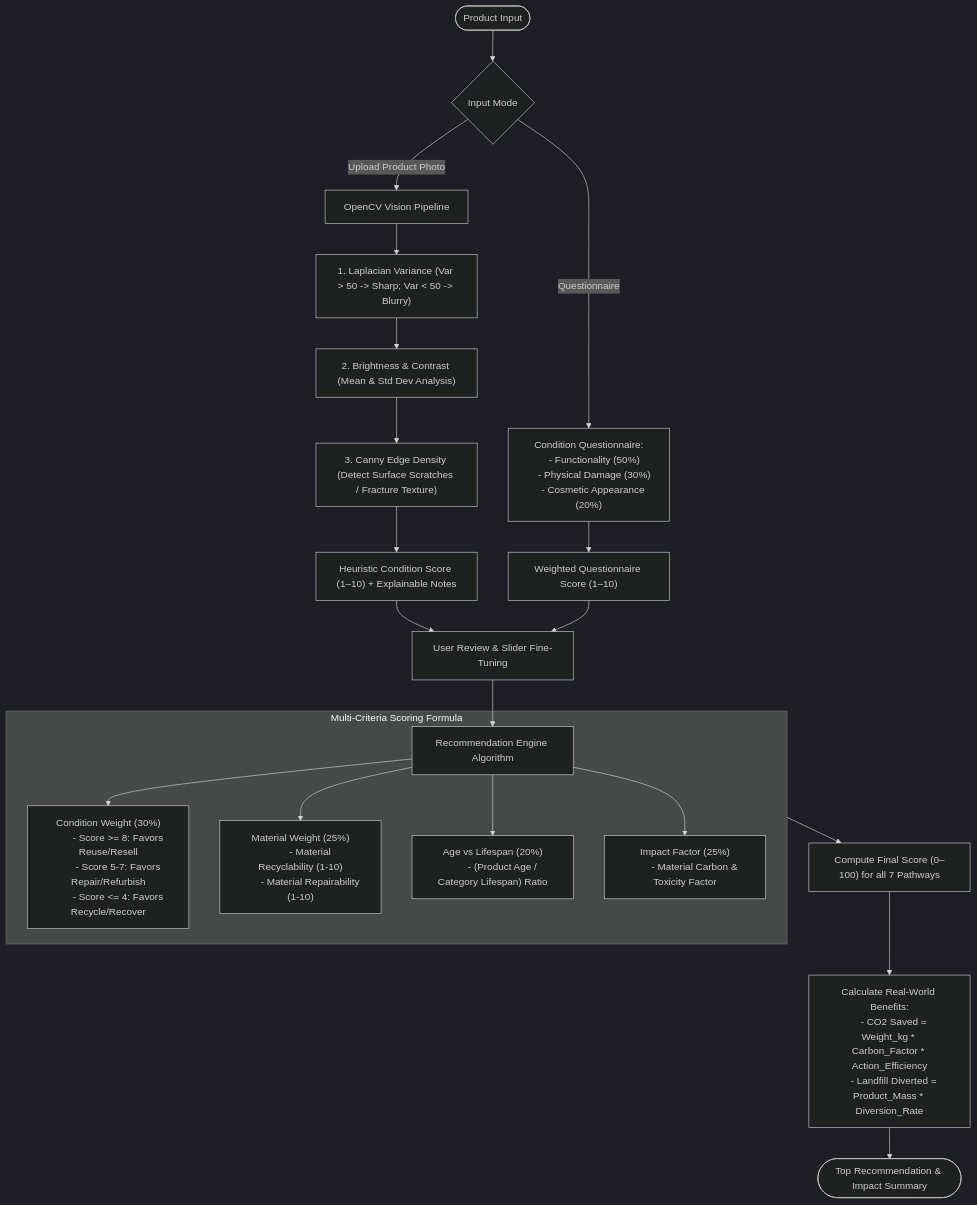
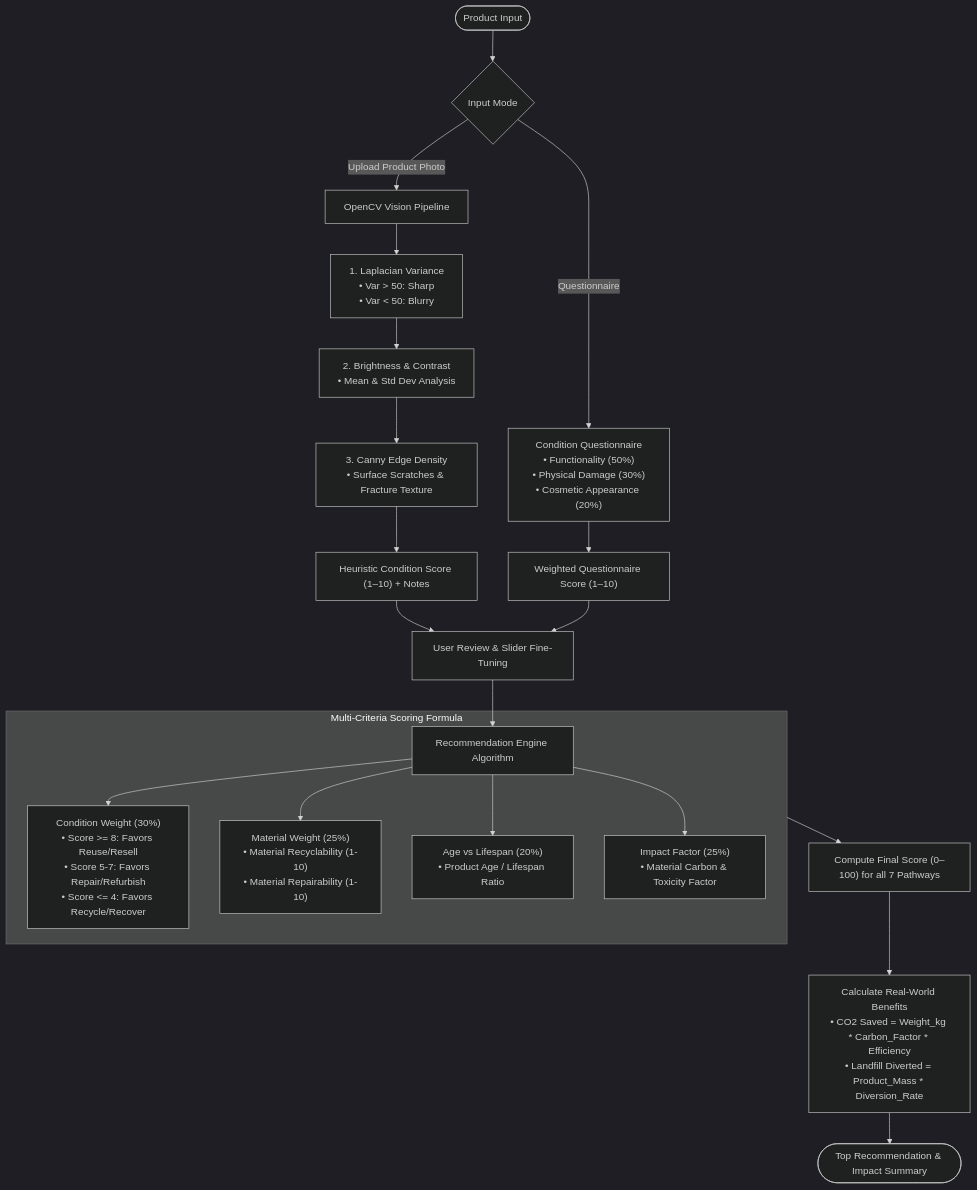
Before and after one commit to AviMath2412/circular-economy: the second of 3 diagrams in README.md, drawn with Mermaid (dark theme). The commit also changed other lines of this file and 26 other files, not shown here.

````diff
--- a/README.md
+++ b/README.md
@@ -91,48 +84,36 @@
 ```mermaid
 flowchart TD
-    Start([Product Input]) --> InputType{Input Mode}
+    Start(["Product Input"]) --> InputType{"Input Mode"}
 
     %% Image Pipeline
-    InputType -->|Upload Product Photo| CV[OpenCV Vision Pipeline]
-    CV --> Step1["1. Laplacian Variance (Var > 50 -> Sharp; Var < 50 -> Blurry)"]
-    Step1 --> Step2["2. Brightness & Contrast (Mean & Std Dev Analysis)"]
-    Step2 --> Step3["3. Canny Edge Density (Detect Surface Scratches / Fracture Texture)"]
-    Step3 --> HeuristicScore["Heuristic Condition Score (1–10) + Explainable Notes"]
+    InputType -->|Upload Product Photo| CV["OpenCV Vision Pipeline"]
+    CV --> Step1["1. Laplacian Variance<br/>• Var > 50: Sharp<br/>• Var < 50: Blurry"]
+    Step1 --> Step2["2. Brightness & Contrast<br/>• Mean & Std Dev Analysis"]
+    Step2 --> Step3["3. Canny Edge Density<br/>• Surface Scratches & Fracture Texture"]
+    Step3 --> HeuristicScore["Heuristic Condition Score (1–10) + Notes"]
     
     %% Manual / Questionnaire Pipeline
-    InputType -->|Questionnaire| Q["Condition Questionnaire:
-    - Functionality (50%)
-    - Physical Damage (30%)
-    - Cosmetic Appearance (20%)"]
+    InputType -->|Questionnaire| Q["Condition Questionnaire<br/>• Functionality (50%)<br/>• Physical Damage (30%)<br/>• Cosmetic Appearance (20%)"]
     Q --> QScore["Weighted Questionnaire Score (1–10)"]
 
     HeuristicScore --> UserOverride["User Review & Slider Fine-Tuning"]
     QScore --> UserOverride
 
     %% Recommendation Engine
     UserOverride --> Engine["Recommendation Engine Algorithm"]
     
     subgraph ScoringMatrix["Multi-Criteria Scoring Formula"]
-        Engine --> Weight1["Condition Weight (30%)
-        - Score >= 8: Favors Reuse/Resell
-        - Score 5-7: Favors Repair/Refurbish
-        - Score <= 4: Favors Recycle/Recover"]
+        Engine --> Weight1["Condition Weight (30%)<br/>• Score >= 8: Favors Reuse/Resell<br/>• Score 5-7: Favors Repair/Refurbish<br/>• Score <= 4: Favors Recycle/Recover"]
         
-        Engine --> Weight2["Material Weight (25%)
-        - Material Recyclability (1-10)
-        - Material Repairability (1-10)"]
+        Engine --> Weight2["Material Weight (25%)<br/>• Material Recyclability (1-10)<br/>• Material Repairability (1-10)"]
         
-        Engine --> Weight3["Age vs Lifespan (20%)
-        - (Product Age / Category Lifespan) Ratio"]
+        Engine --> Weight3["Age vs Lifespan (20%)<br/>• Product Age / Lifespan Ratio"]
         
-        Engine --> Weight4["Impact Factor (25%)
-        - Material Carbon & Toxicity Factor"]
+        Engine --> Weight4["Impact Factor (25%)<br/>• Material Carbon & Toxicity Factor"]
     end
 
     ScoringMatrix --> Aggregation["Compute Final Score (0–100) for all 7 Pathways"]
-    Aggregation --> ImpactCalc["Calculate Real-World Benefits:
-    - CO2 Saved = Weight_kg * Carbon_Factor * Action_Efficiency
-    - Landfill Diverted = Product_Mass * Diversion_Rate"]
+    Aggregation --> ImpactCalc["Calculate Real-World Benefits<br/>• CO2 Saved = Weight_kg * Carbon_Factor * Efficiency<br/>• Landfill Diverted = Product_Mass * Diversion_Rate"]
     
-    ImpactCalc --> Output([Top Recommendation & Impact Summary])
+    ImpactCalc --> Output(["Top Recommendation & Impact Summary"])
 ```
````
